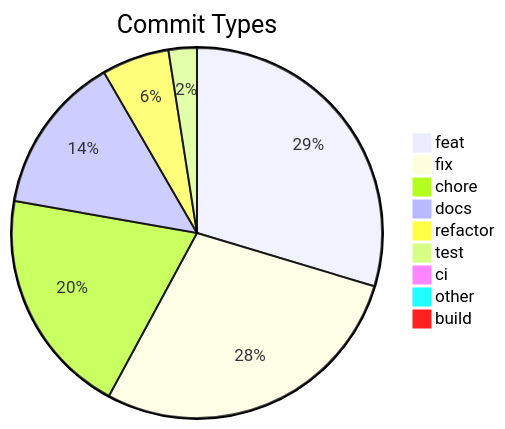
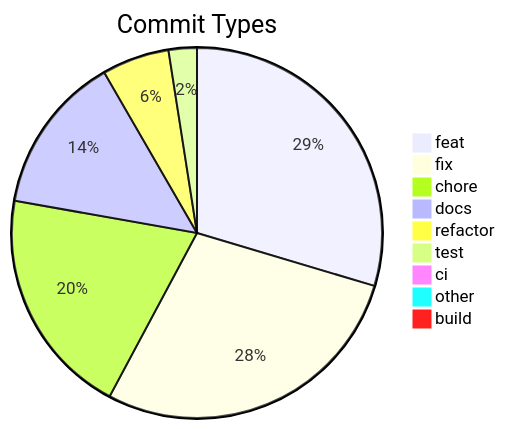
The diagram in .shipwright/compliance/change-history.md (svenroth-ai/shipwright), drawn with Mermaid before and after one commit. The commit also changed other lines of this file and 28 other files, not shown here.

````diff
--- a/.shipwright/compliance/change-history.md
+++ b/.shipwright/compliance/change-history.md
@@ -8,12 +8,12 @@
 ```mermaid
 pie title Commit Types
     "feat" : 252
     "fix" : 240
-    "chore" : 169
+    "chore" : 170
     "docs" : 118
     "refactor" : 50
     "test" : 21
     "ci" : 7
     "other" : 7
     "build" : 1
 ```
````
